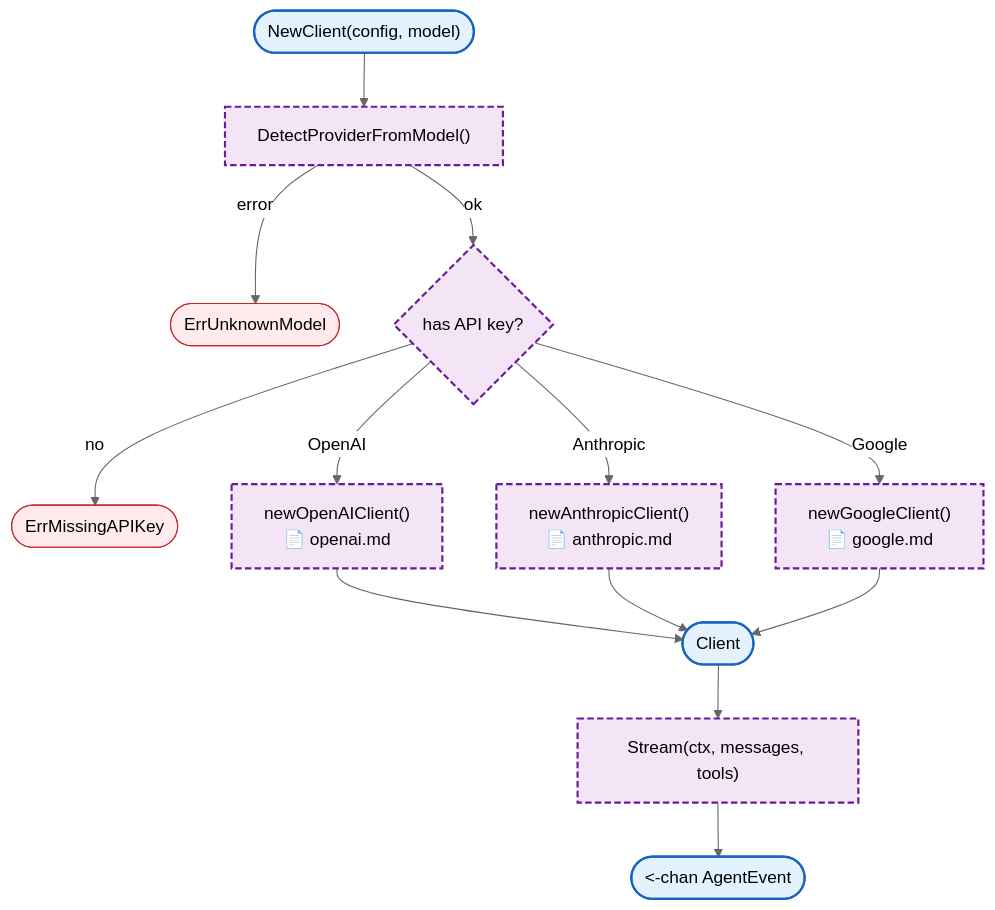
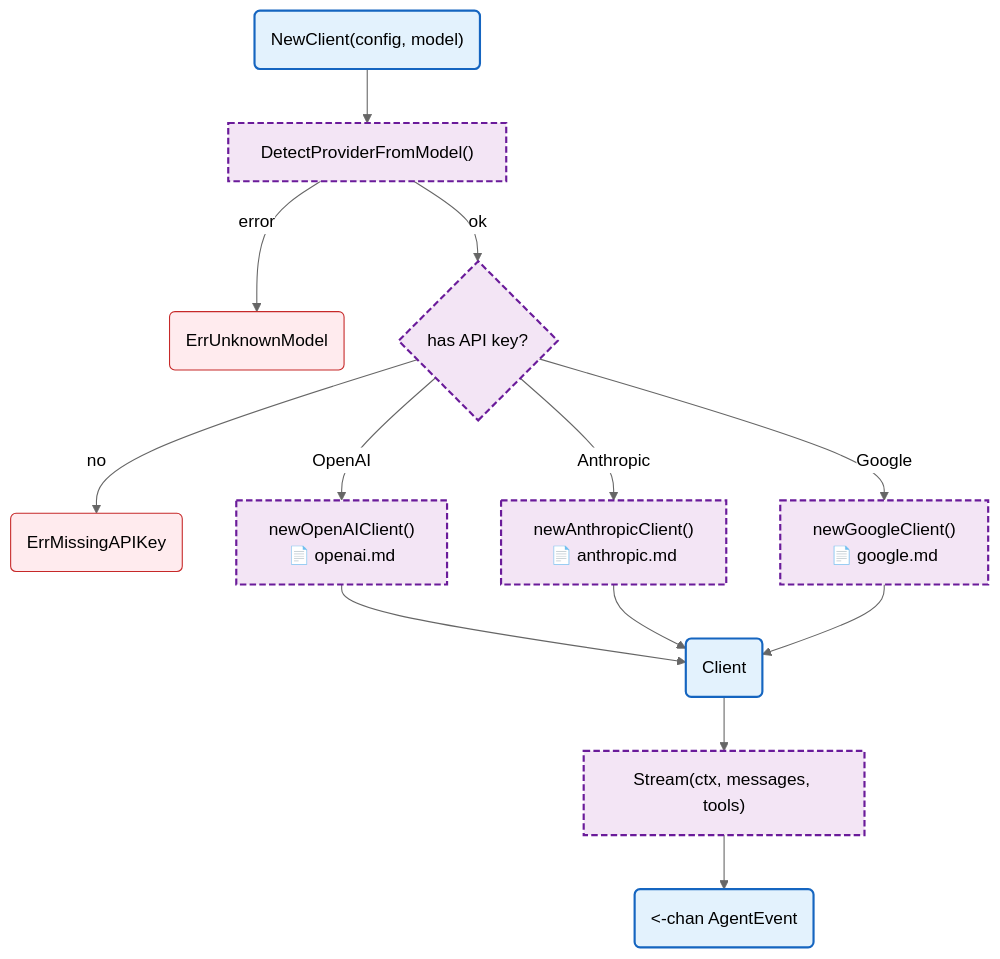
The diagram in docs/internal/llm.md (radch-ai/ava), drawn with Mermaid (neutral theme) before and after one commit. The commit also changed 24 other files, not shown here.

First line of the commit message:
fix(docs): fix mermaid syntax errors in all diagrams

````diff
--- a/docs/internal/llm.md
+++ b/docs/internal/llm.md
@@ -7,25 +7,25 @@
 ```mermaid
 flowchart TB
-    Start(["NewClient(config, model)"]) --> DetectProvider["DetectProviderFromModel()"]
-    DetectProvider -->|error| ErrUnknown([ErrUnknownModel])
+    Start("NewClient(config, model)") --> DetectProvider["DetectProviderFromModel()"]
+    DetectProvider -->|error| ErrUnknown("ErrUnknownModel")
     DetectProvider -->|ok| CheckKey{has API key?}
-    CheckKey -->|no| ErrMissing([ErrMissingAPIKey])
+    CheckKey -->|no| ErrMissing("ErrMissingAPIKey")
     CheckKey -->|OpenAI| CreateOpenAI["newOpenAIClient()
     📄 openai.md"]
     CheckKey -->|Anthropic| CreateAnthropic["newAnthropicClient()
     📄 anthropic.md"]
     CheckKey -->|Google| CreateGoogle["newGoogleClient()
     📄 google.md"]
-    CreateOpenAI & CreateAnthropic & CreateGoogle --> Client(["Client"])
+    CreateOpenAI & CreateAnthropic & CreateGoogle --> Client("Client")
     Client --> Stream["Stream(ctx, messages, tools)"]
-    Stream --> Events(["<-chan AgentEvent"])
+    Stream --> Events("<-chan AgentEvent")
 
     classDef mainFn fill:#e3f2fd,stroke:#1565c0,stroke-width:2px
     classDef internalFn fill:#f3e5f5,stroke:#6a1b9a,stroke-width:2px,stroke-dasharray:6 3
     classDef localPkgs fill:#fff8e1,stroke:#f9a825,stroke-width:1.5px,stroke-dasharray:4 2
     classDef errorFlow fill:#ffebee,stroke:#c62828,stroke-width:1px
 
     class Start,Client,Events mainFn
     class DetectProvider,CheckKey,CreateOpenAI,CreateAnthropic,CreateGoogle,Stream internalFn
     class ErrUnknown,ErrMissing errorFlow
 ```
````
